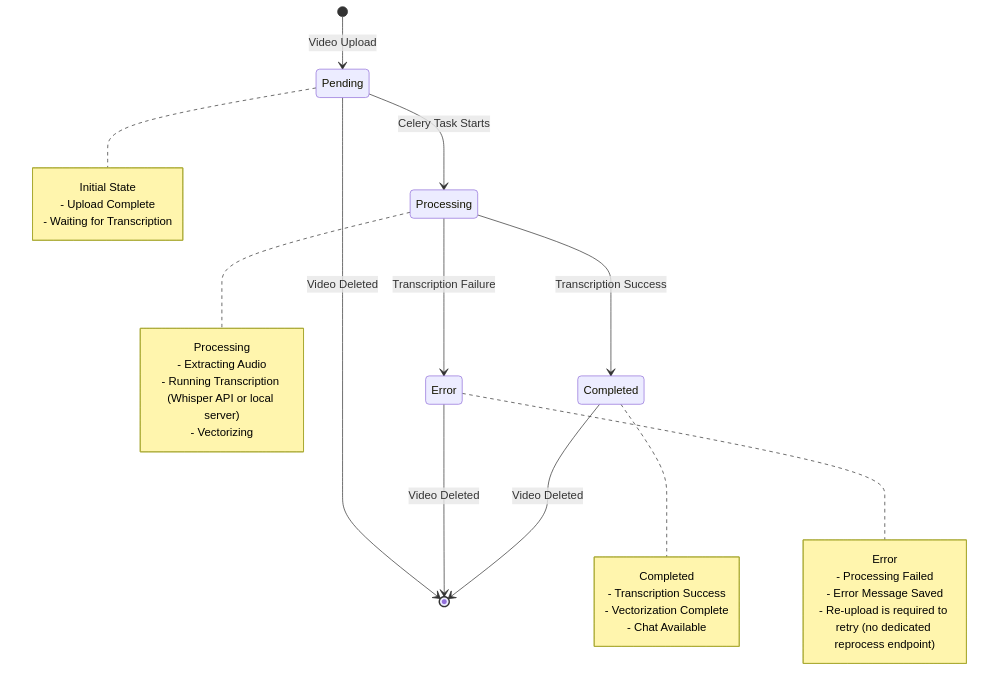
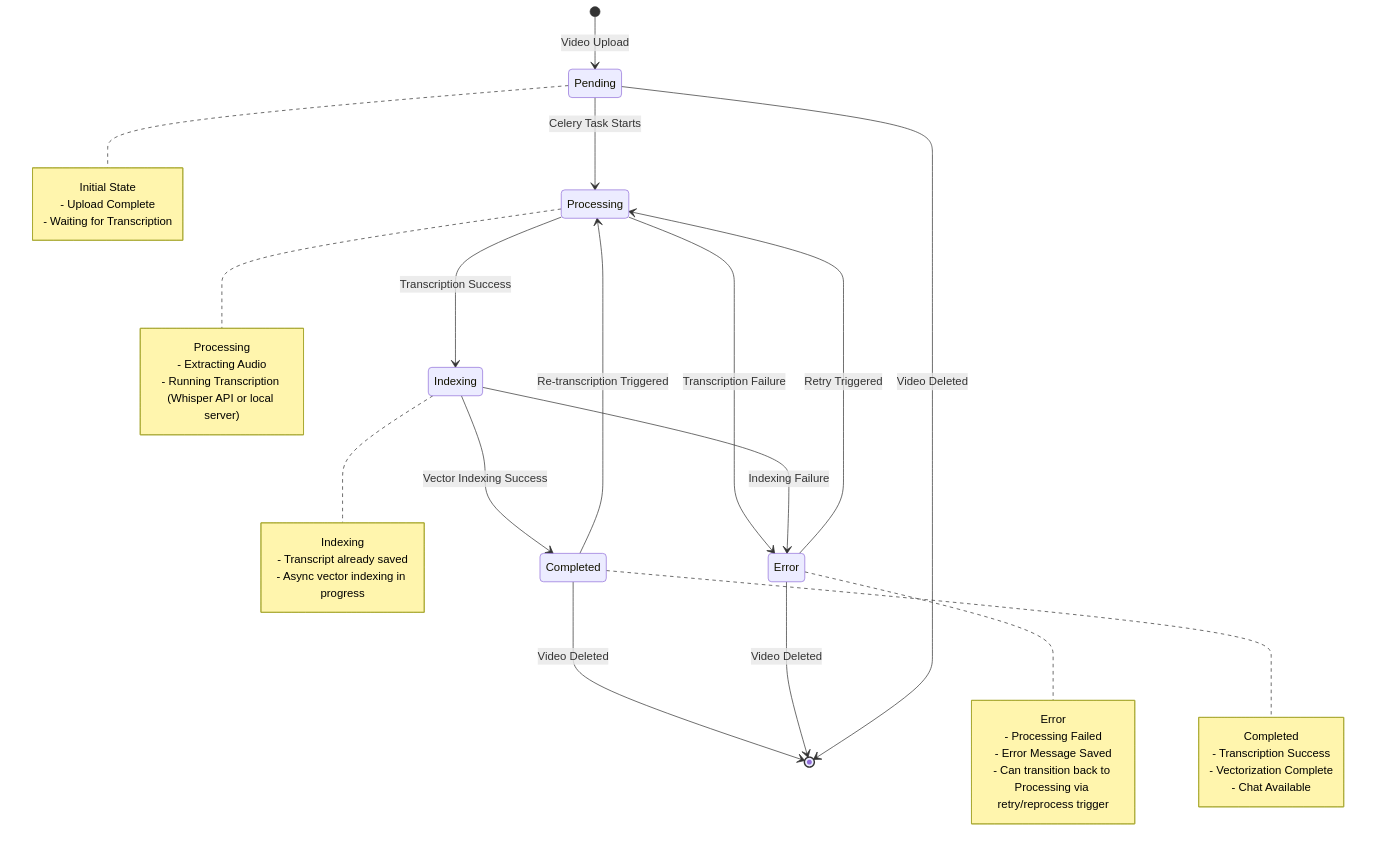
The first of 6 diagrams in docs/design/state-diagram.md (yukiharada1228/videoq), drawn with Mermaid before and after one commit. The commit also changed 8 other files, not shown here.

````diff
--- a/docs/design/state-diagram.md
+++ b/docs/design/state-diagram.md
@@ -9,39 +9,48 @@
 ```mermaid
 stateDiagram-v2
     [*] --> Pending: Video Upload
     
     Pending --> Processing: Celery Task Starts
-    Processing --> Completed: Transcription Success
+    Processing --> Indexing: Transcription Success
+    Indexing --> Completed: Vector Indexing Success
     Processing --> Error: Transcription Failure
+    Indexing --> Error: Indexing Failure
+    Completed --> Processing: Re-transcription Triggered
+    Error --> Processing: Retry Triggered
     
     Completed --> [*]: Video Deleted
     Error --> [*]: Video Deleted
     Pending --> [*]: Video Deleted
     
     note right of Pending
         Initial State
         - Upload Complete
         - Waiting for Transcription
     end note
     
     note right of Processing
         Processing
         - Extracting Audio
         - Running Transcription (Whisper API or local server)
-        - Vectorizing
+    end note
+
+    note right of Indexing
+        Indexing
+        - Transcript already saved
+        - Async vector indexing in progress
     end note
     
     note right of Completed
         Completed
         - Transcription Success
         - Vectorization Complete
         - Chat Available
     end note
     
     note right of Error
         Error
         - Processing Failed
         - Error Message Saved
-        - Re-upload is required to retry (no dedicated reprocess endpoint)
+        - Can transition back to Processing via retry/reprocess trigger
     end note
 ```
````
